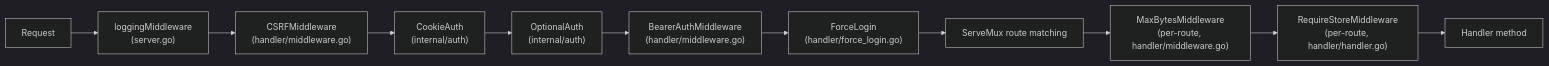
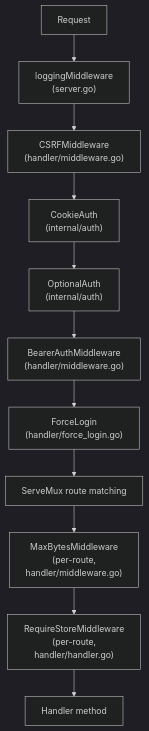
One commit to changkun/wallfacer changed the first of 3 diagrams in docs/internals/api-and-transport.md. Above: the diagram before and after it, drawn with Mermaid (dark theme). The commit also changed 8 other files, not shown here.

First line of the commit message:
docs,specs: repair mermaid diagrams that rendered wrong

````diff
--- a/docs/internals/api-and-transport.md
+++ b/docs/internals/api-and-transport.md
@@ -211,13 +211,13 @@
 ```mermaid
-flowchart LR
+flowchart TD
     Request --> Logging["loggingMiddleware<br/>(server.go)"]
     Logging --> CSRF["CSRFMiddleware<br/>(handler/middleware.go)"]
     CSRF --> Cookie["CookieAuth<br/>(internal/auth)"]
     Cookie --> Optional["OptionalAuth<br/>(internal/auth)"]
     Optional --> Bearer["BearerAuthMiddleware<br/>(handler/middleware.go)"]
     Bearer --> Force["ForceLogin<br/>(handler/force_login.go)"]
     Force --> Mux["ServeMux route matching"]
-    Mux --> BodyLimit["MaxBytesMiddleware<br/>(per-route, handler/middleware.go)"]
-    BodyLimit --> StoreGuard["RequireStoreMiddleware<br/>(per-route, handler/handler.go)"]
+    Mux --> BodyLimit["MaxBytesMiddleware<br/>(per-route,<br/>handler/middleware.go)"]
+    BodyLimit --> StoreGuard["RequireStoreMiddleware<br/>(per-route,<br/>handler/handler.go)"]
     StoreGuard --> Handler["Handler method"]
 ```
````
